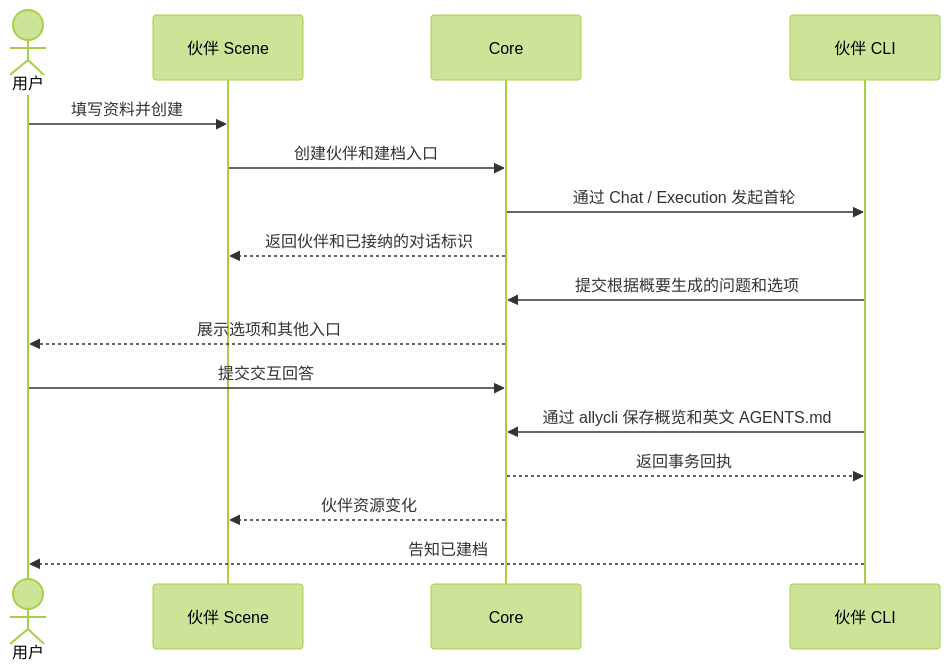
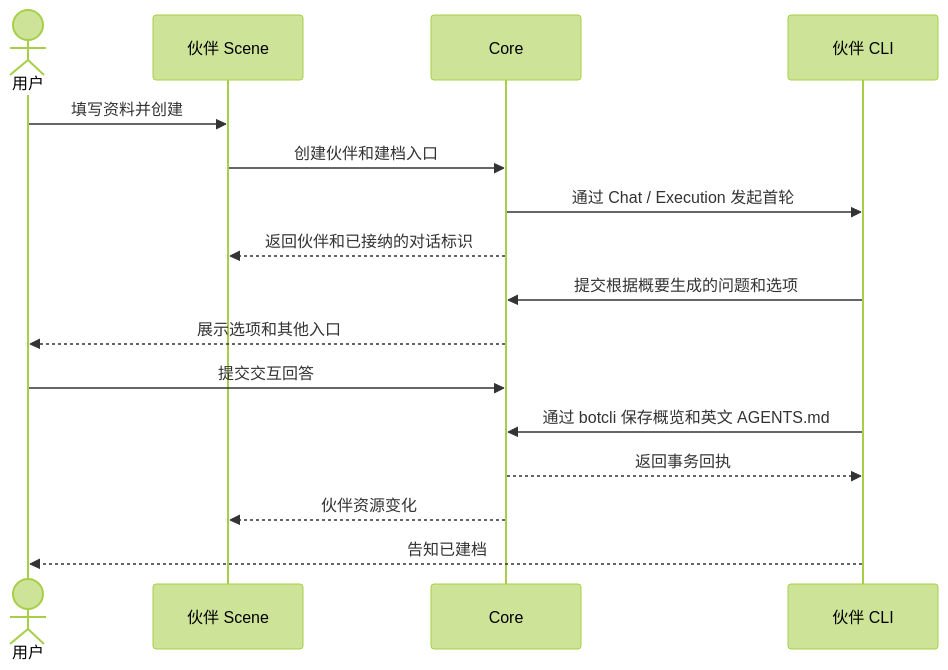
One commit to JieWaZi/NeuxBot changed the diagram in docs/superpowers/specs/2026-11-12-partner-onboarding-design.md. Above: the diagram before and after it, drawn with Mermaid (forest theme). The commit also changed other lines of this file and 434 other files, not shown here.

````diff
--- a/docs/superpowers/specs/2026-11-12-partner-onboarding-design.md
+++ b/docs/superpowers/specs/2026-11-12-partner-onboarding-design.md
@@ -13,18 +13,18 @@
 ```mermaid
 sequenceDiagram
     actor User as 用户
     participant UI as 伙伴 Scene
     participant Core
     participant CLI as 伙伴 CLI
     User->>UI: 填写资料并创建
     UI->>Core: 创建伙伴和建档入口
     Core->>CLI: 通过 Chat / Execution 发起首轮
     Core-->>UI: 返回伙伴和已接纳的对话标识
     CLI->>Core: 提交根据概要生成的问题和选项
     Core-->>User: 展示选项和其他入口
     User->>Core: 提交交互回答
-    CLI->>Core: 通过 allycli 保存概览和英文 AGENTS.md
+    CLI->>Core: 通过 botcli 保存概览和英文 AGENTS.md
     Core-->>CLI: 返回事务回执
     Core-->>UI: 伙伴资源变化
     CLI-->>User: 告知已建档
 ```
````
